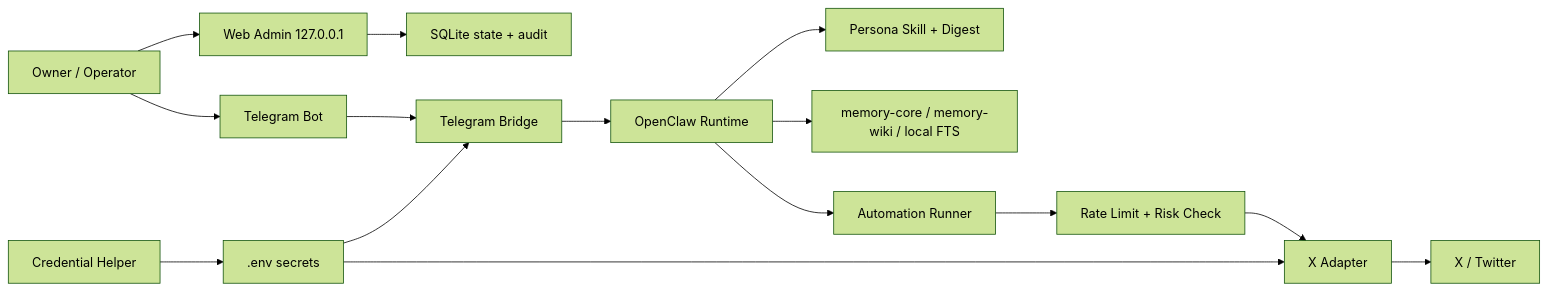
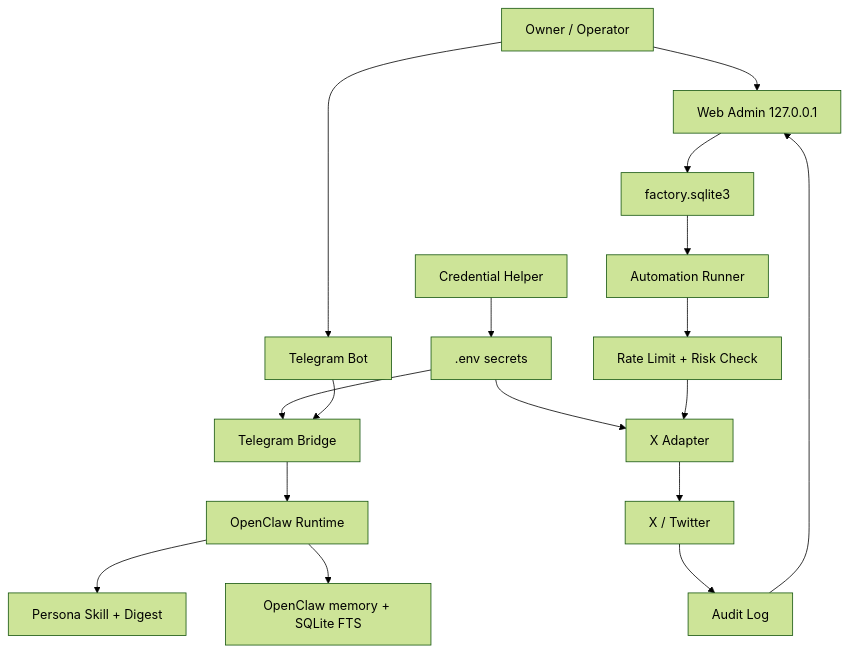
The second of 2 diagrams in README.md (NoMTF/Another-Person-in-X), drawn with Mermaid (forest theme) before and after one commit. The commit also changed other lines of this file and 2 other files, not shown here.

````diff
--- a/README.md
+++ b/README.md
@@ -71,17 +128,19 @@
 ```mermaid
-flowchart LR
-    Owner["Owner / Operator"] --> Admin["Web Admin 127.0.0.1"]
-    Owner --> TG["Telegram Bot"]
-    Admin --> DB["SQLite state + audit"]
-    TG --> Bridge["Telegram Bridge"]
+flowchart TB
+    Owner["Owner / Operator"] --> TG["Telegram Bot"]
+    Owner --> Admin["Web Admin 127.0.0.1"]
+    Helper["Credential Helper"] --> Env[".env secrets"]
+    Env --> Bridge["Telegram Bridge"]
+    Env --> XAdapter["X Adapter"]
+    TG --> Bridge
     Bridge --> OC["OpenClaw Runtime"]
     OC --> Persona["Persona Skill + Digest"]
-    OC --> Memory["memory-core / memory-wiki / local FTS"]
-    OC --> Runner["Automation Runner"]
-    Runner --> Limit["Rate Limit + Risk Check"]
-    Limit --> XAdapter["X Adapter"]
+    OC --> Memory["OpenClaw memory + SQLite FTS"]
+    Admin --> DB["factory.sqlite3"]
+    DB --> Runner["Automation Runner"]
+    Runner --> Guard["Rate Limit + Risk Check"]
+    Guard --> XAdapter
     XAdapter --> X["X / Twitter"]
-    Helper["Credential Helper"] --> Env[".env secrets"]
-    Env --> Bridge
-    Env --> XAdapter
+    X --> Audit["Audit Log"]
+    Audit --> Admin
 ```
````
